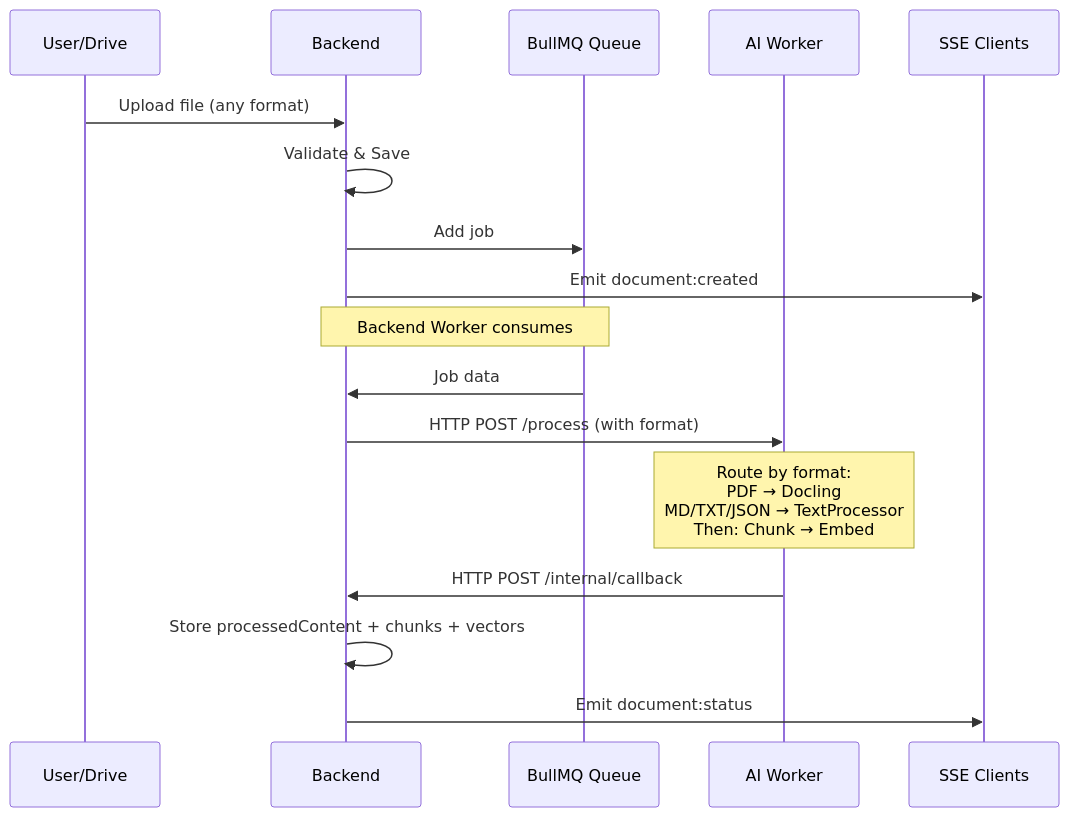
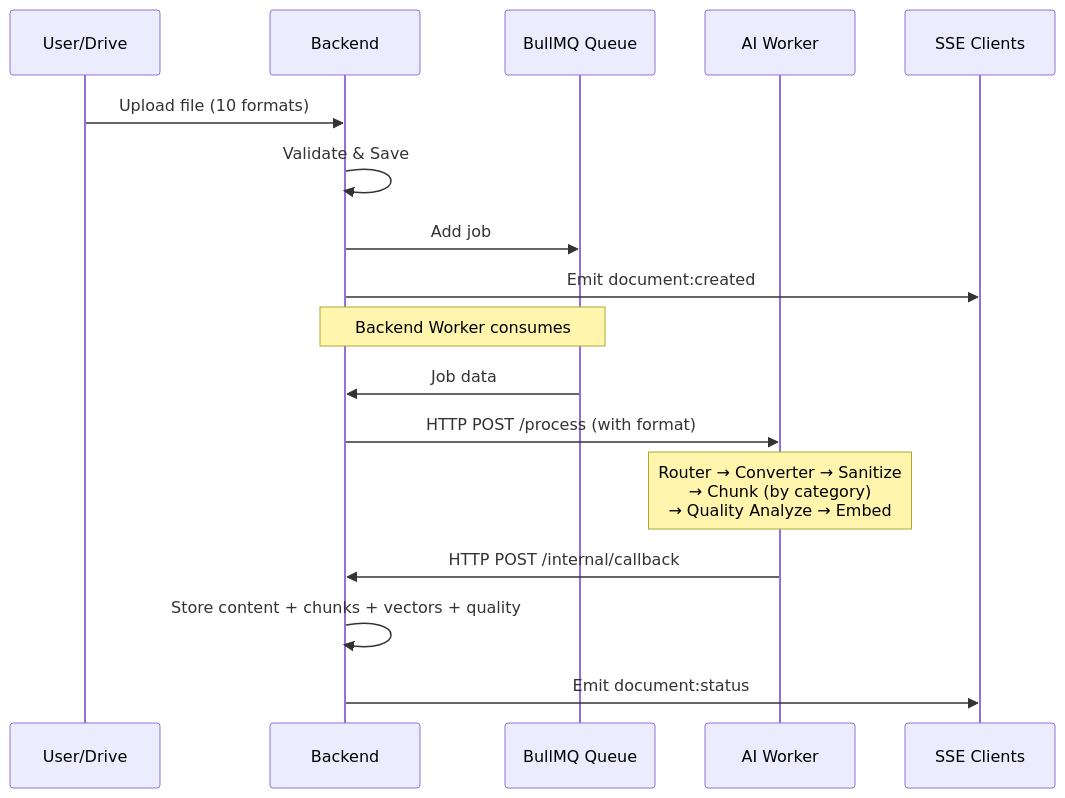
The second of 7 diagrams in docs/architecture.md (namtroi/RAGBase), drawn with Mermaid before and after one commit. The commit also changed other lines of this file and 2 other files, not shown here.

````diff
--- a/docs/architecture.md
+++ b/docs/architecture.md
@@ -45,23 +45,23 @@
 ```mermaid
 sequenceDiagram
     participant U as User/Drive
     participant B as Backend
     participant Q as BullMQ Queue
     participant W as AI Worker
     participant SSE as SSE Clients
     
-    U->>B: Upload file (any format)
+    U->>B: Upload file (10 formats)
     B->>B: Validate & Save
     B->>Q: Add job
     B->>SSE: Emit document:created
     
     Note over B,Q: Backend Worker consumes
     Q->>B: Job data
     B->>W: HTTP POST /process (with format)
     
-    Note over W: Route by format:<br/>PDF → Docling<br/>MD/TXT/JSON → TextProcessor<br/>Then: Chunk → Embed
+    Note over W: Router → Converter → Sanitize<br/>→ Chunk (by category)<br/>→ Quality Analyze → Embed
     
     W->>B: HTTP POST /internal/callback
-    B->>B: Store processedContent + chunks + vectors
+    B->>B: Store content + chunks + vectors + quality
     B->>SSE: Emit document:status
 ```
````
